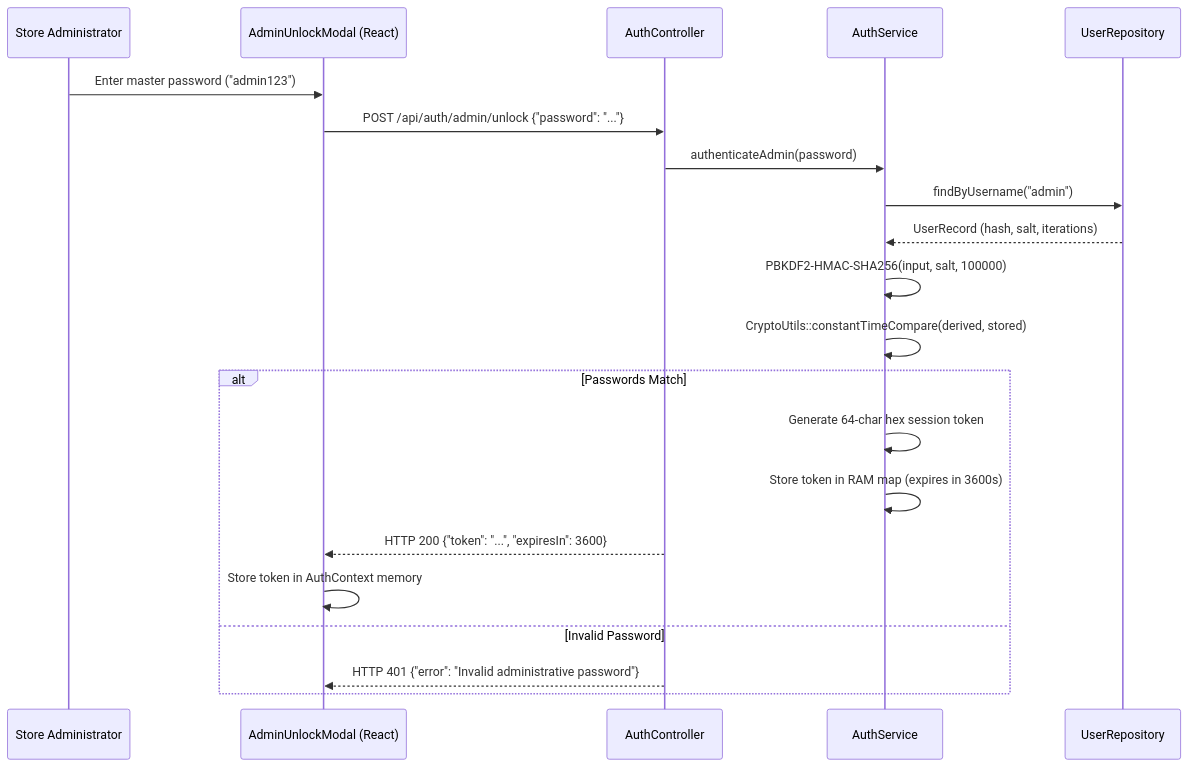
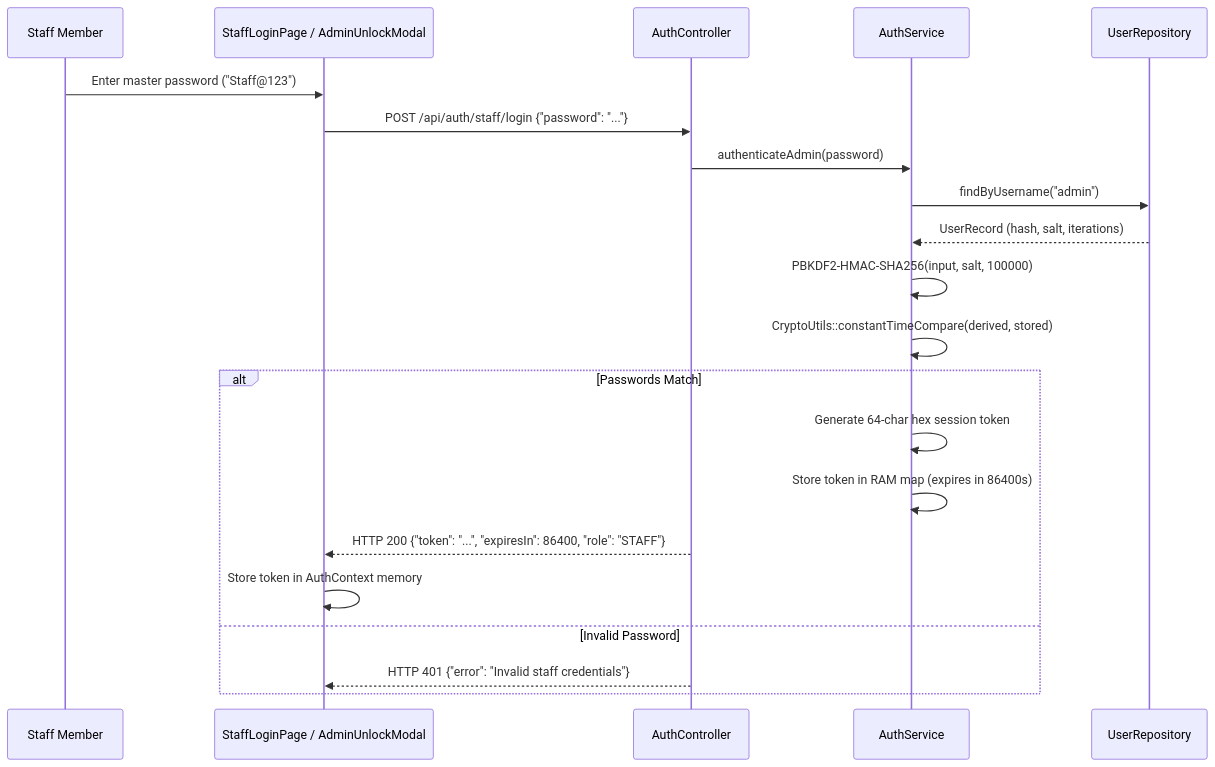
One commit to Sarthak-SethiNsd/Super-Market-Billing-System changed the second of 2 diagrams in docs/ARCHITECTURE.md. Above: the diagram before and after it, drawn with Mermaid. The commit also changed other lines of this file and 23 other files, not shown here.

````diff
--- a/docs/ARCHITECTURE.md
+++ b/docs/ARCHITECTURE.md
@@ -170,24 +192,24 @@
 ```mermaid
 sequenceDiagram
-    participant Admin as Store Administrator
-    participant UI as AdminUnlockModal (React)
+    participant Staff as Staff Member
+    participant UI as StaffLoginPage / AdminUnlockModal
     participant AuthCtrl as AuthController
     participant AuthSvc as AuthService
     participant UserRepo as UserRepository
 
-    Admin->>UI: Enter master password ("admin123")
-    UI->>AuthCtrl: POST /api/auth/admin/unlock {"password": "..."}
+    Staff->>UI: Enter master password ("Staff@123")
+    UI->>AuthCtrl: POST /api/auth/staff/login {"password": "..."}
     AuthCtrl->>AuthSvc: authenticateAdmin(password)
     AuthSvc->>UserRepo: findByUsername("admin")
     UserRepo-->>AuthSvc: UserRecord (hash, salt, iterations)
     AuthSvc->>AuthSvc: PBKDF2-HMAC-SHA256(input, salt, 100000)
     AuthSvc->>AuthSvc: CryptoUtils::constantTimeCompare(derived, stored)
     alt Passwords Match
         AuthSvc->>AuthSvc: Generate 64-char hex session token
-        AuthSvc->>AuthSvc: Store token in RAM map (expires in 3600s)
-        AuthCtrl-->>UI: HTTP 200 {"token": "...", "expiresIn": 3600}
+        AuthSvc->>AuthSvc: Store token in RAM map (expires in 86400s)
+        AuthCtrl-->>UI: HTTP 200 {"token": "...", "expiresIn": 86400, "role": "STAFF"}
         UI->>UI: Store token in AuthContext memory
     else Invalid Password
-        AuthCtrl-->>UI: HTTP 401 {"error": "Invalid administrative password"}
+        AuthCtrl-->>UI: HTTP 401 {"error": "Invalid staff credentials"}
     end
 ```
````
